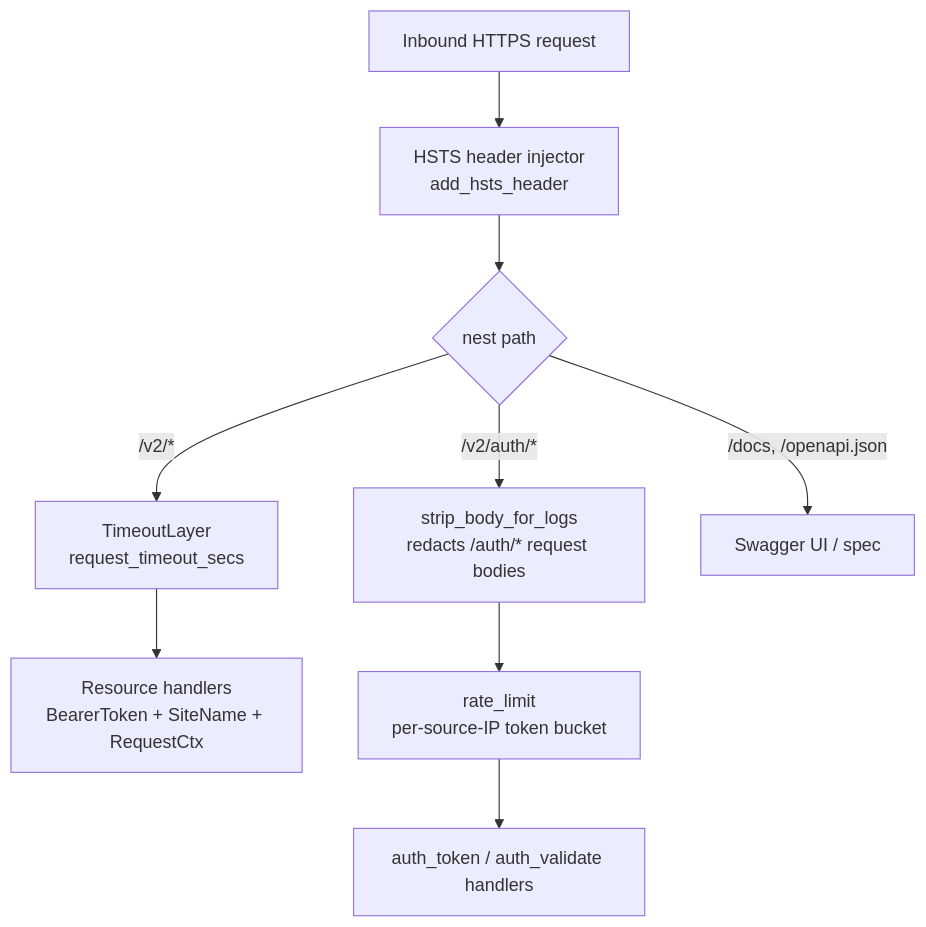
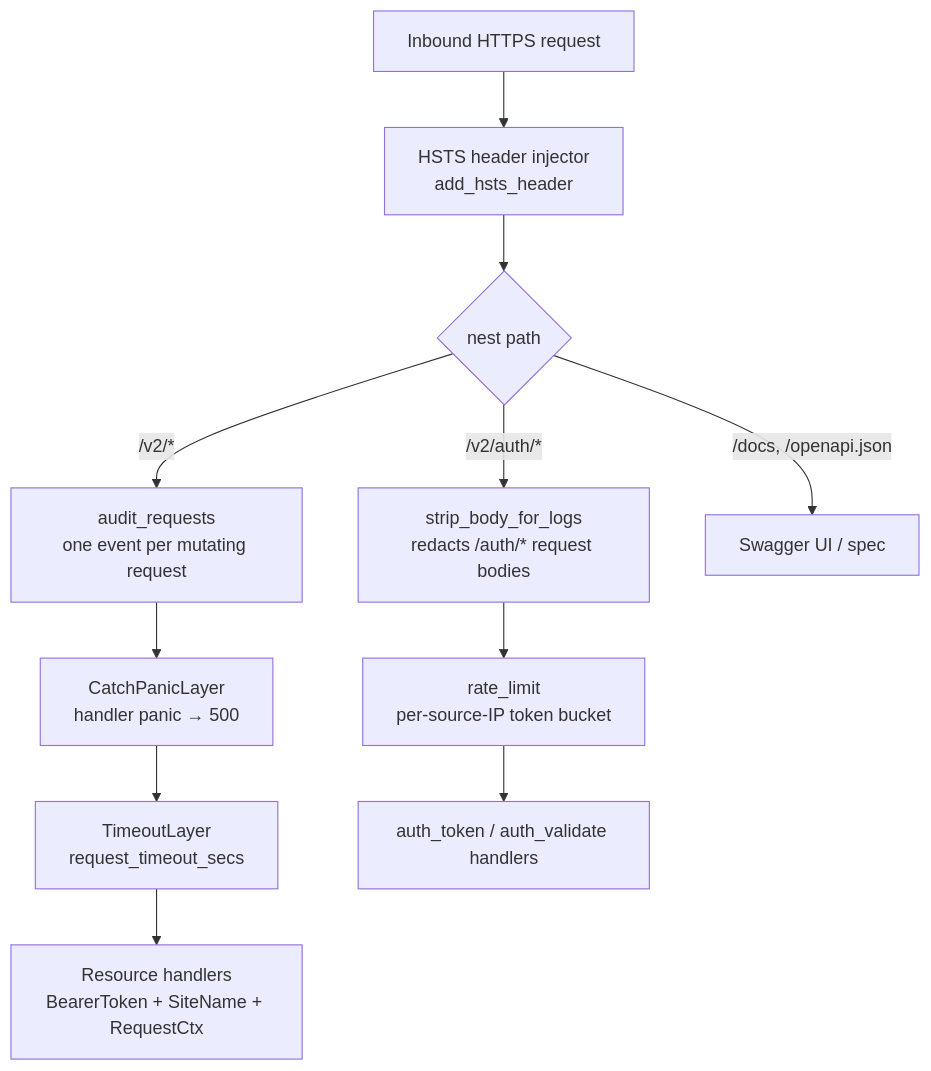
One commit to eth-cscs/manta changed the third of 3 diagrams in ARCHITECTURE.md. Above: the diagram before and after it, drawn with Mermaid. The commit also changed other lines of this file and 42 other files, not shown here.

First line of the commit message:
feat(server): audit every mutating request to Kafka (#116)

````diff
--- a/ARCHITECTURE.md
+++ b/ARCHITECTURE.md
@@ -337,14 +338,16 @@
 ```mermaid
 flowchart TD
     Req[Inbound HTTPS request] --> HSTS[HSTS header injector<br/>add_hsts_header]
     HSTS --> Split{nest path}
 
-    Split -->|/v2/*| Tmo[TimeoutLayer<br/>request_timeout_secs]
+    Split -->|/v2/*| Aud[audit_requests<br/>one event per mutating request]
+    Aud --> Panic[CatchPanicLayer<br/>handler panic → 500]
+    Panic --> Tmo[TimeoutLayer<br/>request_timeout_secs]
     Tmo --> Hdlr[Resource handlers<br/>BearerToken + SiteName + RequestCtx]
 
     Split -->|/v2/auth/*| StripBody[strip_body_for_logs<br/>redacts /auth/* request bodies]
     StripBody --> RL[rate_limit<br/>per-source-IP token bucket]
     RL --> AuthH[auth_token / auth_validate handlers]
 
     Split -->|/docs, /openapi.json| Swagger[Swagger UI / spec]
 ```
````
